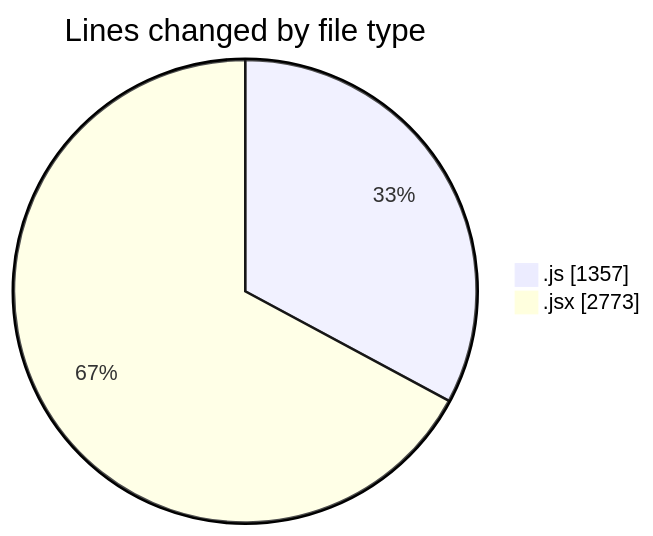
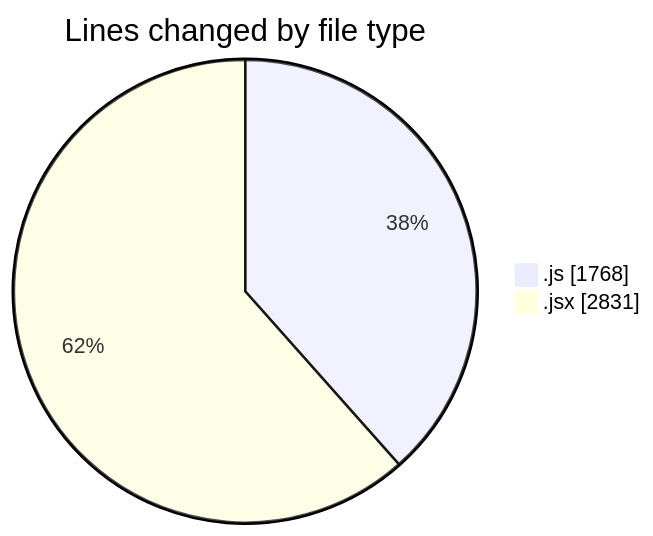
One commit to nxtqubesakshisongat/code-tracking changed the first of 2 diagrams in 2025-08-05/nxtqube_webapp/README.md. Above: the diagram before and after it, drawn with Mermaid. The commit also changed other lines of this file and 1 other file, not shown here.

````diff
--- a/2025-08-05/nxtqube_webapp/README.md
+++ b/2025-08-05/nxtqube_webapp/README.md
@@ -28,6 +32,6 @@
 ```mermaid
 pie showData
 title Lines changed by file type
-".js" : 1357
-".jsx" : 2773
+".js" : 1768
+".jsx" : 2831
 ```
````
